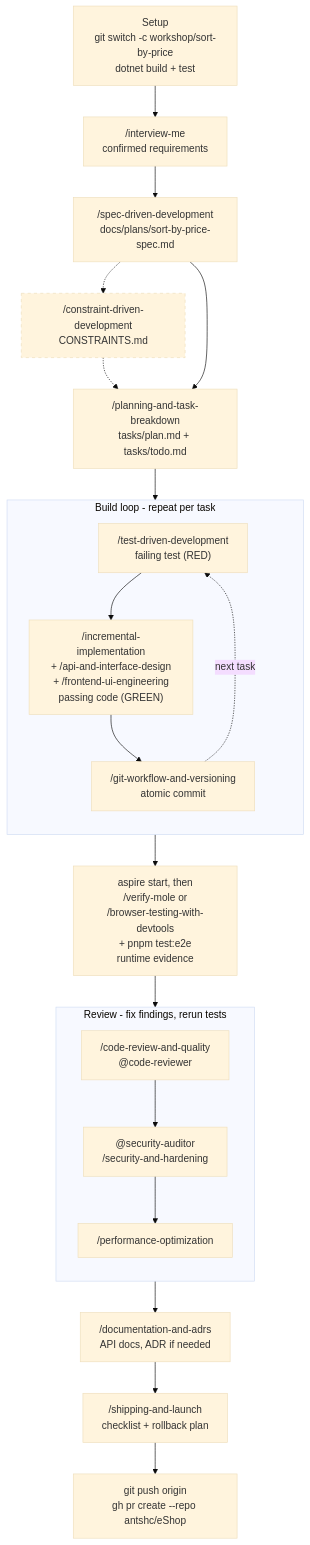
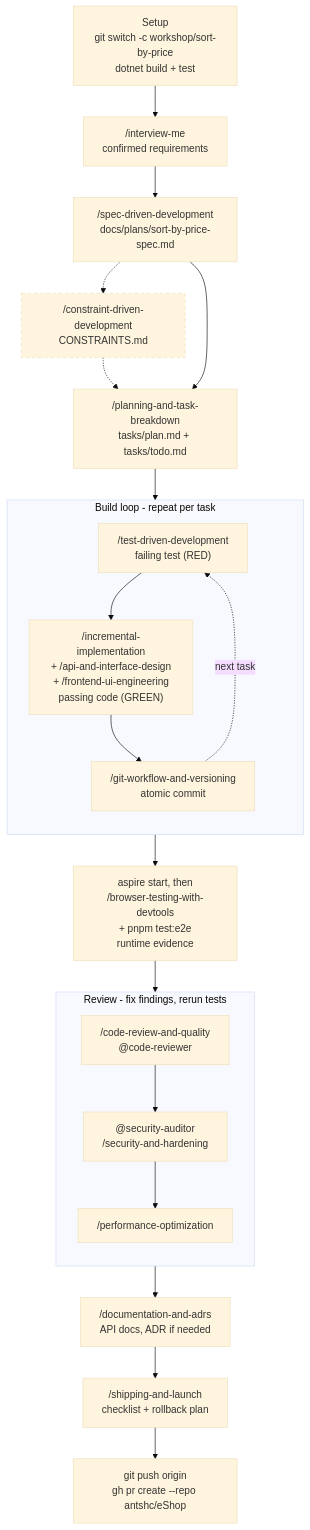
One commit to antshc/eShop changed the diagram in .github/skills/README.md. Above: the diagram before and after it, drawn with Mermaid (base theme). The commit also changed other lines of this file, not shown here.

Commit message:
Workshop: use only agent-skills skills (drop verify-mole)

````diff
--- a/.github/skills/README.md
+++ b/.github/skills/README.md
@@ -83,38 +83,38 @@
 ```mermaid
 flowchart TB
     S0["Setup<br/>git switch -c workshop/sort-by-price<br/>dotnet build + test"]
     S1["/interview-me<br/>confirmed requirements"]
     S2["/spec-driven-development<br/>docs/plans/sort-by-price-spec.md"]
     S3["/constraint-driven-development<br/>CONSTRAINTS.md"]
     S4["/planning-and-task-breakdown<br/>tasks/plan.md + tasks/todo.md"]
 
     subgraph LOOP["Build loop - repeat per task"]
         direction TB
         B1["/test-driven-development<br/>failing test (RED)"]
         B2["/incremental-implementation<br/>+ /api-and-interface-design<br/>+ /frontend-ui-engineering<br/>passing code (GREEN)"]
         B3["/git-workflow-and-versioning<br/>atomic commit"]
         B1 --> B2 --> B3
         B3 -. next task .-> B1
     end
 
-    V["aspire start, then<br/>/verify-mole or<br/>/browser-testing-with-devtools<br/>+ pnpm test:e2e<br/>runtime evidence"]
+    V["aspire start, then<br/>/browser-testing-with-devtools<br/>+ pnpm test:e2e<br/>runtime evidence"]
 
     subgraph REVIEW["Review - fix findings, rerun tests"]
         direction TB
         R1["/code-review-and-quality<br/>@code-reviewer"]
         R2["@security-auditor<br/>/security-and-hardening"]
         R3["/performance-optimization"]
         R1 --> R2 --> R3
     end
 
     D["/documentation-and-adrs<br/>API docs, ADR if needed"]
     L["/shipping-and-launch<br/>checklist + rollback plan"]
     P["git push origin<br/>gh pr create --repo antshc/eShop"]
 
     S0 --> S1 --> S2 -.-> S3 -.-> S4
     S2 --> S4
     S4 --> LOOP --> V --> REVIEW --> D --> L --> P
 
     classDef optional stroke-dasharray: 5 5;
     class S3 optional;
 ```
````
